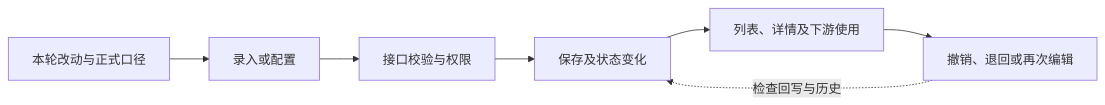
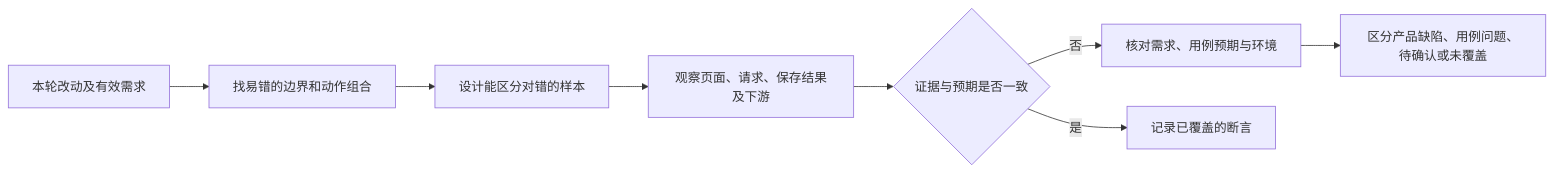
One commit to KelvinFanXian/aicoding changed the diagram in skills/review-cross-layer-bugs/SKILL.md. Above: the diagram before and after it, drawn with Mermaid. The commit also changed other lines of this file and 3 other files, not shown here.

````diff
--- a/skills/review-cross-layer-bugs/SKILL.md
+++ b/skills/review-cross-layer-bugs/SKILL.md
@@ -10,9 +10,10 @@
 ```mermaid
 flowchart LR
-    A[本轮改动与正式口径] --> B[录入或配置]
-    B --> C[接口校验与权限]
-    C --> D[保存及状态变化]
-    D --> E[列表、详情及下游使用]
-    E --> F[撤销、退回或再次编辑]
-    F -. 检查回写与历史 .-> D
+    A[本轮改动及有效需求] --> B[找易错的边界和动作组合]
+    B --> C[设计能区分对错的样本]
+    C --> D[观察页面、请求、保存结果及下游]
+    D --> E{证据与预期是否一致}
+    E -->|否| F[核对需求、用例预期与环境]
+    E -->|是| G[记录已覆盖的断言]
+    F --> H[区分产品缺陷、用例问题、待确认或未覆盖]
 ```
````
